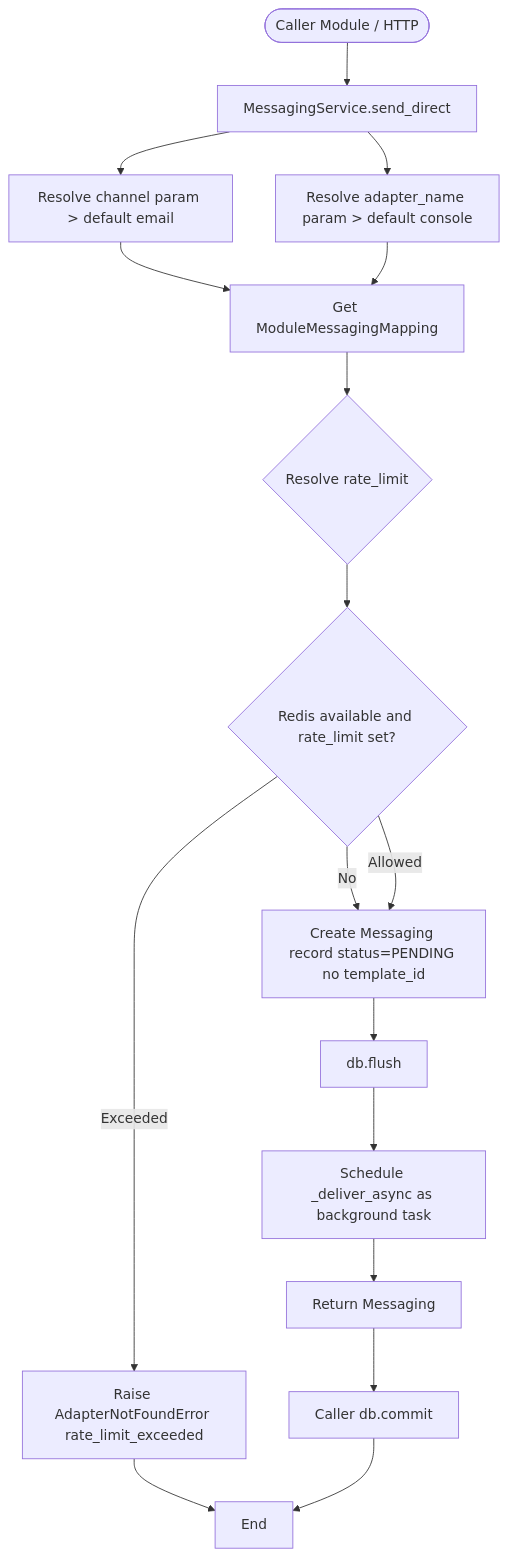
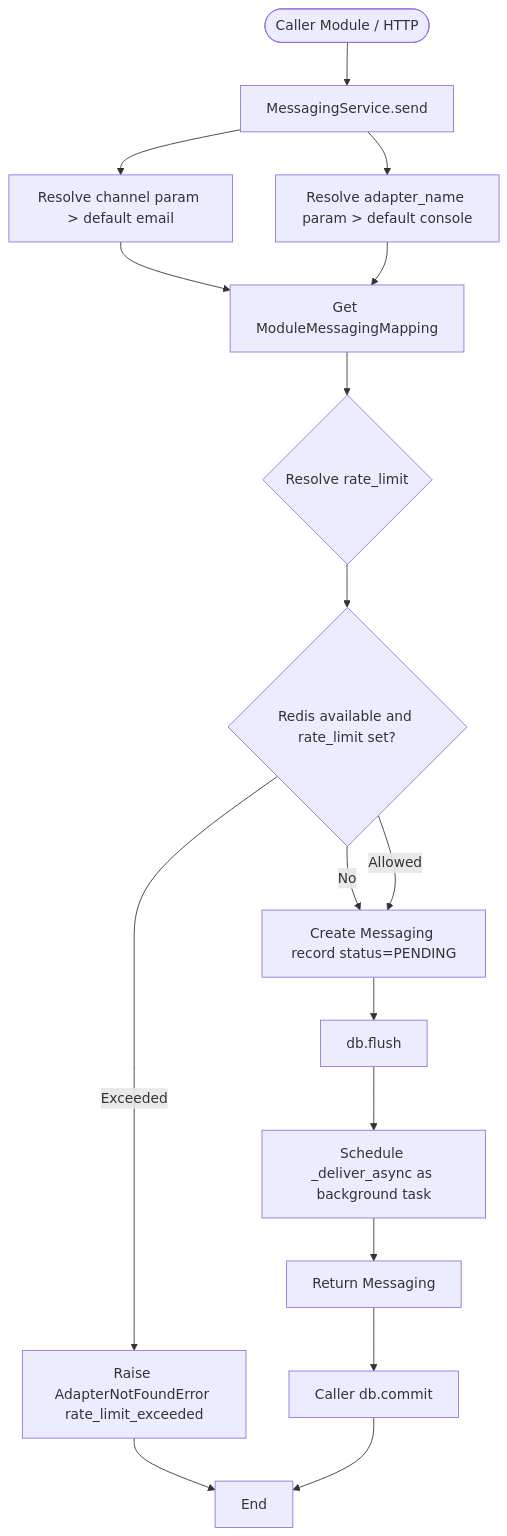
One commit to TNet-Tech/chacc_outbound changed the second of 5 diagrams in README.md. Above: the diagram before and after it, drawn with Mermaid. The commit also changed other lines of this file and 12 other files, not shown here.

Commit message:
Remove template flow of messaging

````diff
--- a/README.md
+++ b/README.md
@@ -415,19 +298,19 @@
 ```mermaid
 flowchart TD
-    Start([Caller Module / HTTP]) --> A[MessagingService.send_direct]
+    Start([Caller Module / HTTP]) --> A[MessagingService.send]
     A --> B[Resolve channel param > default email]
     A --> C[Resolve adapter_name param > default console]
     B --> D[Get ModuleMessagingMapping]
     C --> D
     D --> E{Resolve rate_limit}
     E --> F{Redis available and rate_limit set?}
-    F -->|No| G[Create Messaging record status=PENDING no template_id]
+    F -->|No| G[Create Messaging record status=PENDING]
     F -->|Exceeded| Error1[Raise AdapterNotFoundError rate_limit_exceeded]
     F -->|Allowed| G
     G --> H[db.flush]
     H --> I[Schedule _deliver_async as background task]
     I --> J[Return Messaging]
     J --> K[Caller db.commit]
     Error1 --> End
     K --> End
 ```
````
